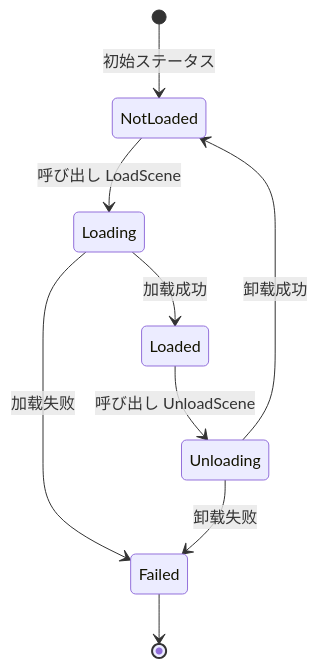
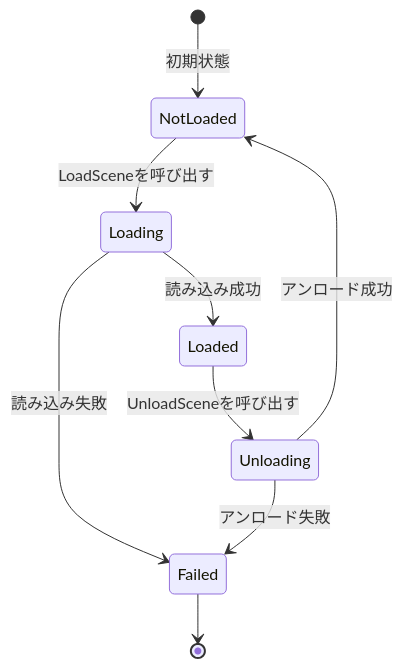
Before and after one commit to AlianBlank/GameFrameX.Docs: the fourth of 5 diagrams in docs/ja/client/unity/component/scene/04.features.md, drawn with Mermaid. The commit also changed other lines of this file and 320 other files, not shown here.

````diff
--- a/docs/ja/client/unity/component/scene/04.features.md
+++ b/docs/ja/client/unity/component/scene/04.features.md
@@ -180,11 +180,11 @@
 ```mermaid
 stateDiagram-v2
-    [*] --> NotLoaded: 初始ステータス
-    NotLoaded --> Loading: 呼び出し LoadScene
-    Loading --> Loaded: 加载成功
-    Loading --> Failed: 加载失败
-    Loaded --> Unloading: 呼び出し UnloadScene
-    Unloading --> NotLoaded: 卸载成功
-    Unloading --> Failed: 卸载失败
+    [*] --> NotLoaded: 初期状態
+    NotLoaded --> Loading: LoadSceneを呼び出す
+    Loading --> Loaded: 読み込み成功
+    Loading --> Failed: 読み込み失敗
+    Loaded --> Unloading: UnloadSceneを呼び出す
+    Unloading --> NotLoaded: アンロード成功
+    Unloading --> Failed: アンロード失敗
     Failed --> [*]
 ```
````
